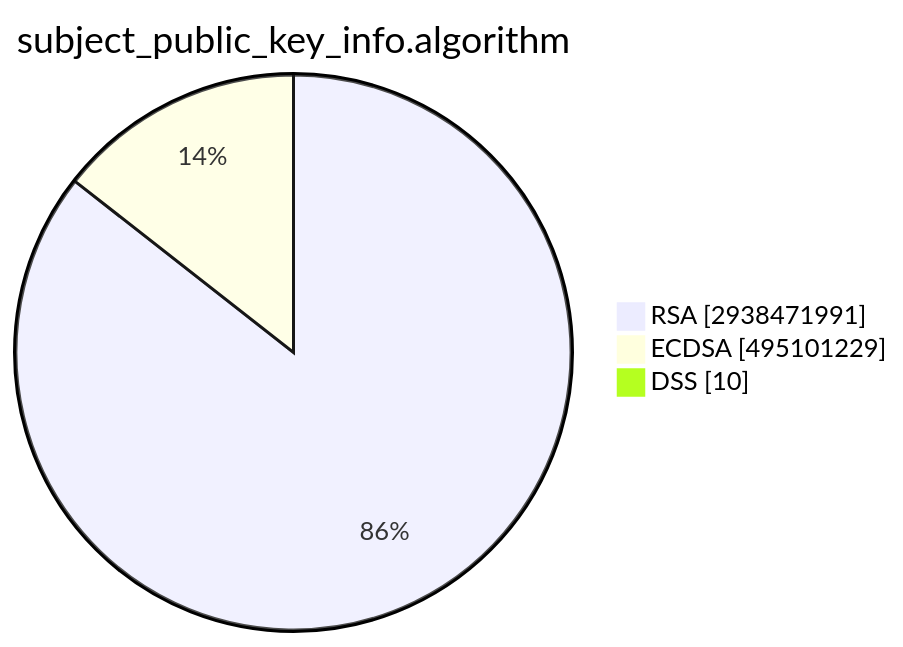
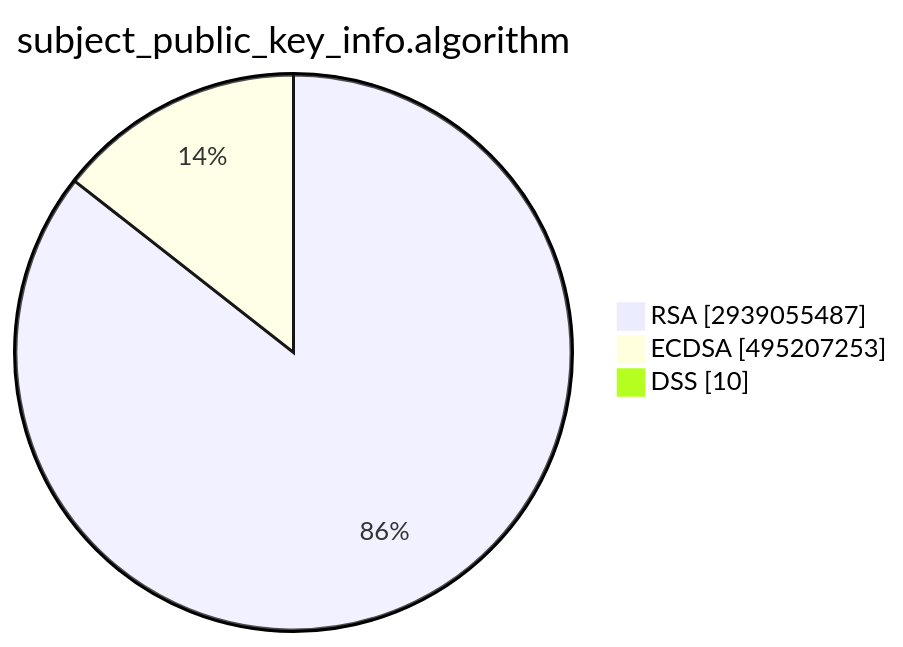
Before and after one commit to christiankrug/ctmonitor_visualization: the second of 15 diagrams in TOTAL/README.md, drawn with Mermaid. The commit also changed other lines of this file, not shown here.

````diff
--- a/TOTAL/README.md
+++ b/TOTAL/README.md
@@ -6,7 +6,7 @@
 ```mermaid
 pie showData
 title subject_public_key_info.algorithm
-"RSA" :2938471991
-"ECDSA" :495101229
+"RSA" :2939055487
+"ECDSA" :495207253
 "DSS" :10
 ```
````
